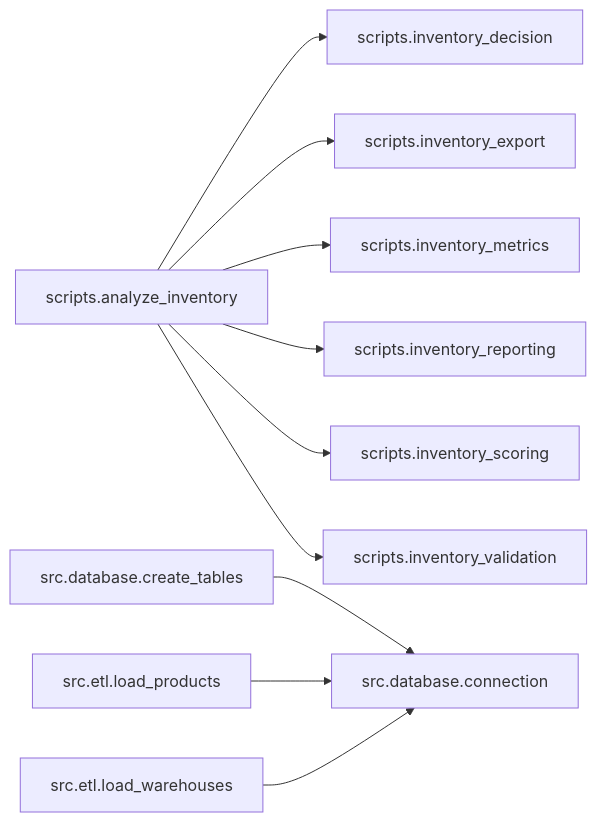
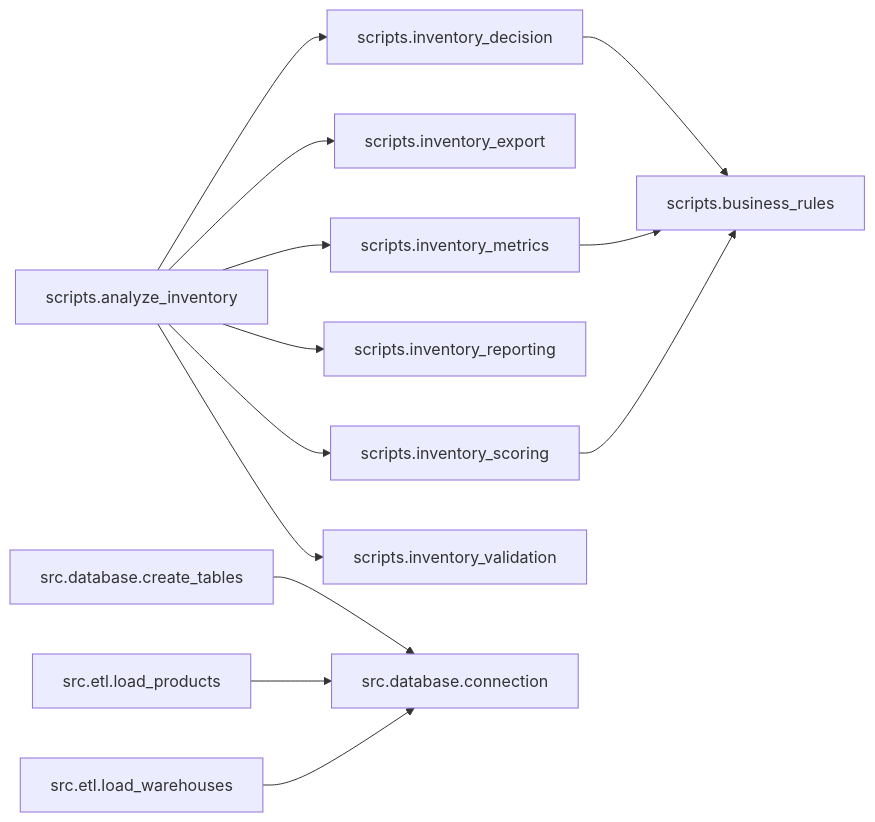
The diagram in docs/project_audit/PROJECT_AUDIT.md (RodsSoares/ai-supply-chain-copilot), drawn with Mermaid before and after one commit. The commit also changed other lines of this file and 9 other files, not shown here.

````diff
--- a/docs/project_audit/PROJECT_AUDIT.md
+++ b/docs/project_audit/PROJECT_AUDIT.md
@@ -284,12 +298,15 @@
 ```mermaid
 flowchart LR
     scripts_analyze_inventory["scripts.analyze_inventory"] --> scripts_inventory_decision["scripts.inventory_decision"]
     scripts_analyze_inventory["scripts.analyze_inventory"] --> scripts_inventory_export["scripts.inventory_export"]
     scripts_analyze_inventory["scripts.analyze_inventory"] --> scripts_inventory_metrics["scripts.inventory_metrics"]
     scripts_analyze_inventory["scripts.analyze_inventory"] --> scripts_inventory_reporting["scripts.inventory_reporting"]
     scripts_analyze_inventory["scripts.analyze_inventory"] --> scripts_inventory_scoring["scripts.inventory_scoring"]
     scripts_analyze_inventory["scripts.analyze_inventory"] --> scripts_inventory_validation["scripts.inventory_validation"]
+    scripts_inventory_decision["scripts.inventory_decision"] --> scripts_business_rules["scripts.business_rules"]
+    scripts_inventory_metrics["scripts.inventory_metrics"] --> scripts_business_rules["scripts.business_rules"]
+    scripts_inventory_scoring["scripts.inventory_scoring"] --> scripts_business_rules["scripts.business_rules"]
     src_database_create_tables["src.database.create_tables"] --> src_database_connection["src.database.connection"]
     src_etl_load_products["src.etl.load_products"] --> src_database_connection["src.database.connection"]
     src_etl_load_warehouses["src.etl.load_warehouses"] --> src_database_connection["src.database.connection"]
 ```
````
